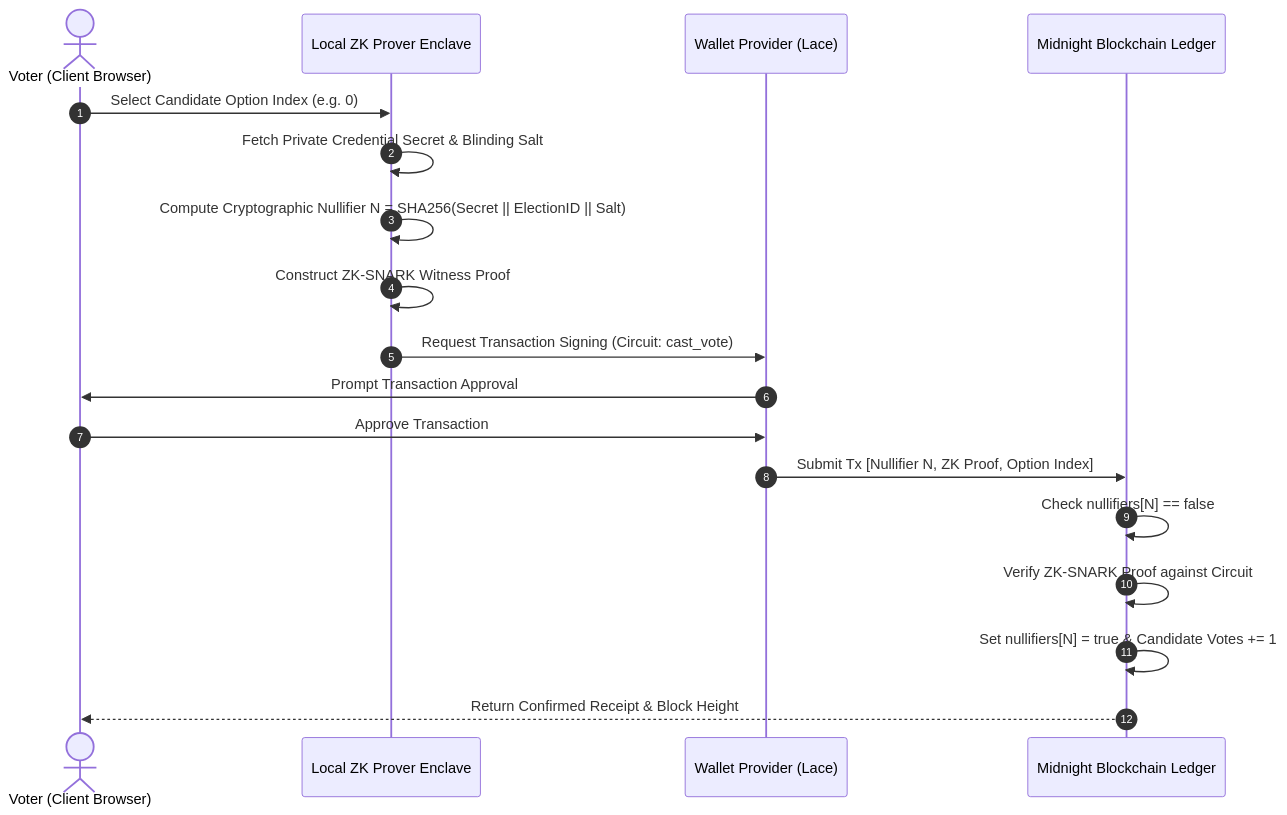
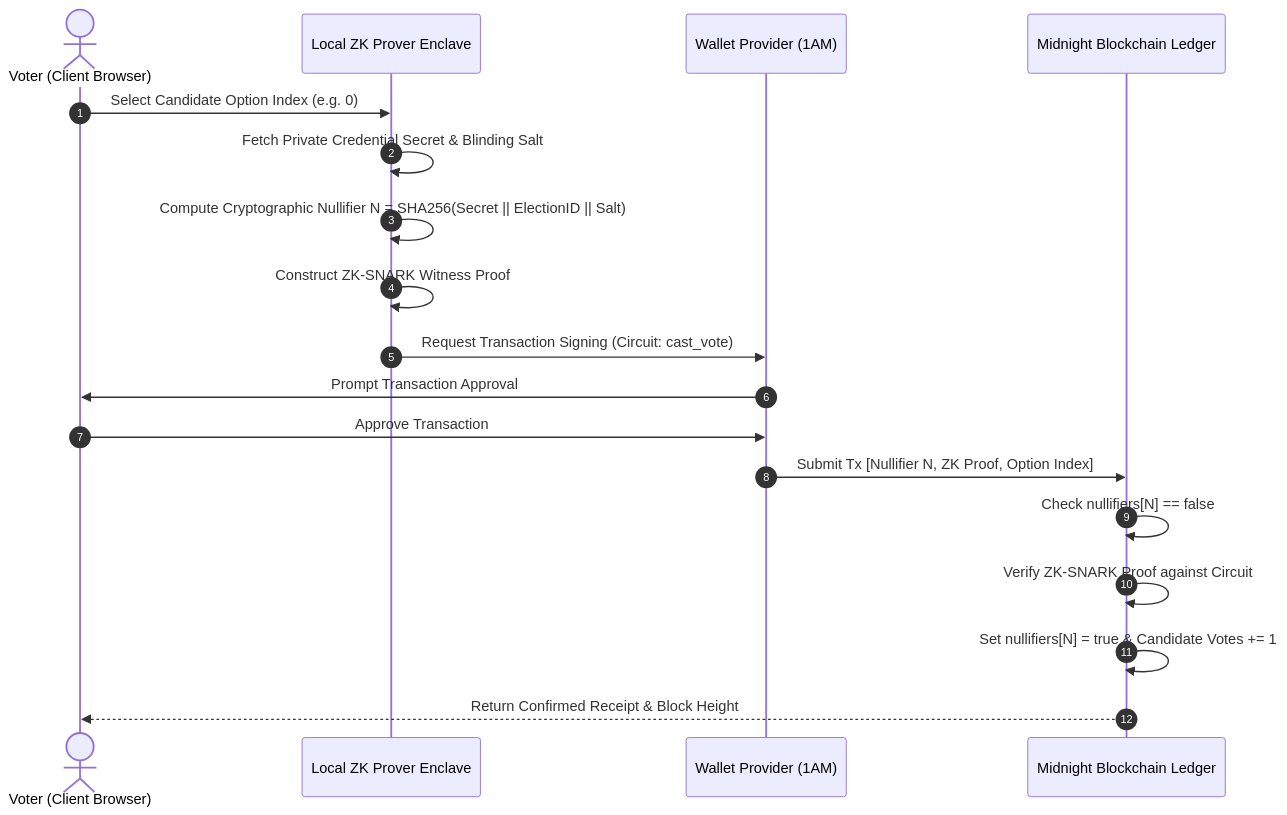
Before and after one commit to Aryaaa-21/VoteVault: the second of 3 diagrams in README.md, drawn with Mermaid. The commit also changed other lines of this file and 20 other files, not shown here.

````diff
--- a/README.md
+++ b/README.md
@@ -151,21 +151,21 @@
 ```mermaid
 sequenceDiagram
     autonumber
     actor Voter as Voter (Client Browser)
     participant Prover as Local ZK Prover Enclave
-    participant Wallet as Wallet Provider (Lace)
+    participant Wallet as Wallet Provider (1AM)
     participant Ledger as Midnight Blockchain Ledger
 
     Voter->>Prover: Select Candidate Option Index (e.g. 0)
     Prover->>Prover: Fetch Private Credential Secret & Blinding Salt
     Prover->>Prover: Compute Cryptographic Nullifier N = SHA256(Secret || ElectionID || Salt)
     Prover->>Prover: Construct ZK-SNARK Witness Proof
     Prover->>Wallet: Request Transaction Signing (Circuit: cast_vote)
     Wallet->>Voter: Prompt Transaction Approval
     Voter->>Wallet: Approve Transaction
     Wallet->>Ledger: Submit Tx [Nullifier N, ZK Proof, Option Index]
     Ledger->>Ledger: Check nullifiers[N] == false
     Ledger->>Ledger: Verify ZK-SNARK Proof against Circuit
     Ledger->>Ledger: Set nullifiers[N] = true & Candidate Votes += 1
     Ledger-->>Voter: Return Confirmed Receipt & Block Height
 ```
````
